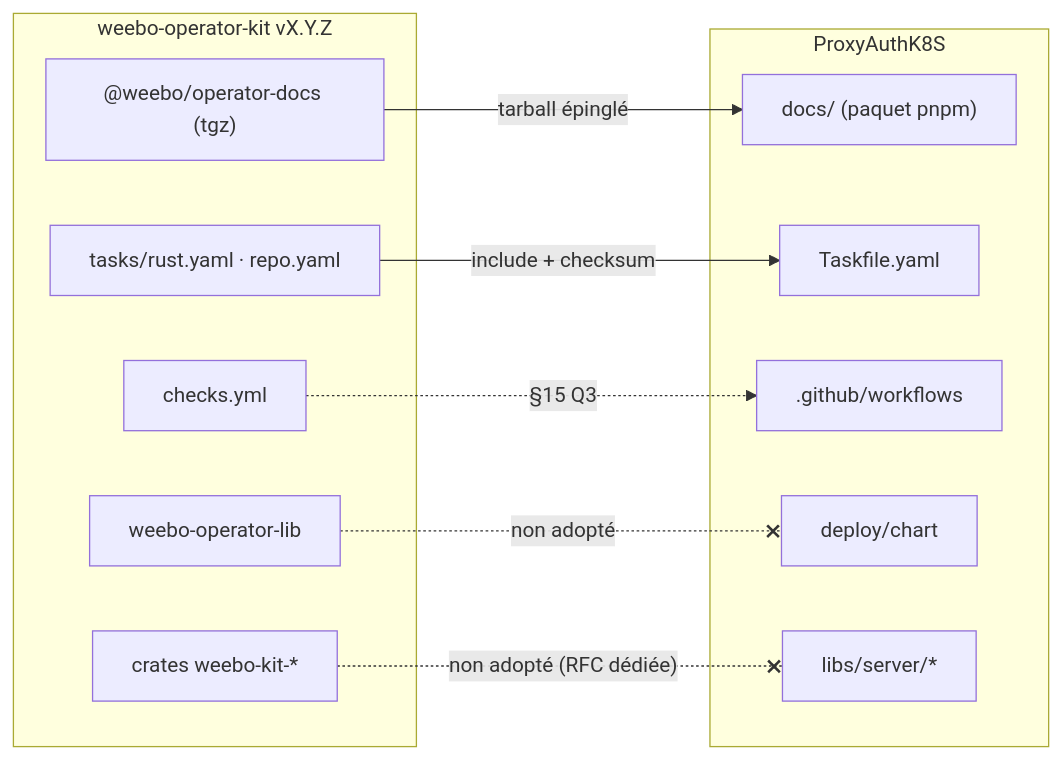
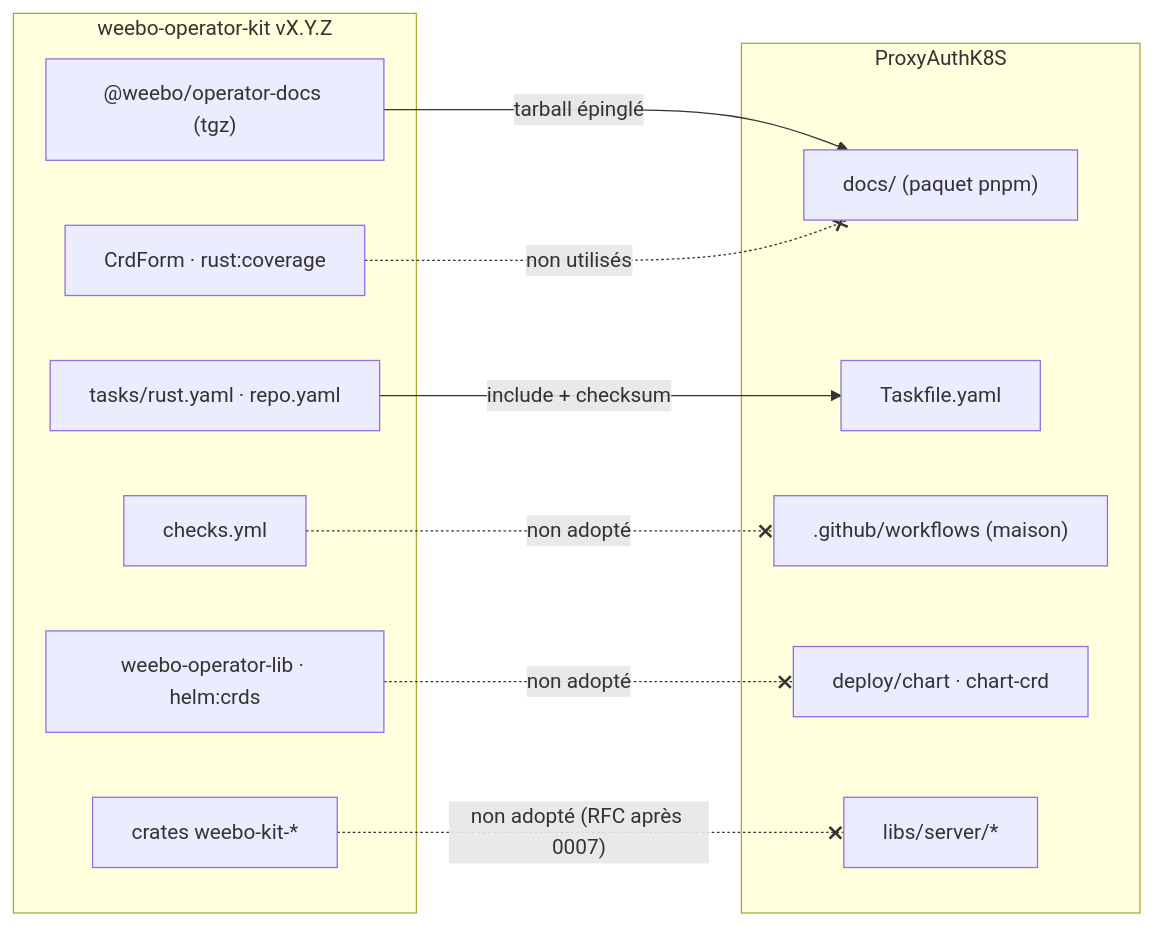
The first of 4 diagrams in .rfc/0005-adopt-weebo-operator-kit.md (batleforc/ProxyAuthK8S), drawn with Mermaid before and after one commit. The commit also changed other lines of this file and 12 other files, not shown here.

````diff
--- a/.rfc/0005-adopt-weebo-operator-kit.md
+++ b/.rfc/0005-adopt-weebo-operator-kit.md
@@ -50,22 +58,24 @@
 ```mermaid
 flowchart LR
     subgraph K["weebo-operator-kit vX.Y.Z"]
         KD["@weebo/operator-docs (tgz)"]
         KT["tasks/rust.yaml · repo.yaml"]
         KC["checks.yml"]
-        KL["weebo-operator-lib"]
+        KL["weebo-operator-lib · helm:crds"]
         KR["crates weebo-kit-*"]
+        KF["CrdForm · rust:coverage"]
     end
     subgraph P["ProxyAuthK8S"]
         D["docs/ (paquet pnpm)"]
         T["Taskfile.yaml"]
-        W[".github/workflows"]
-        C["deploy/chart"]
+        W[".github/workflows (maison)"]
+        C["deploy/chart · chart-crd"]
         S["libs/server/*"]
     end
     KD -- "tarball épinglé" --> D
     KT -- "include + checksum" --> T
-    KC -. "§15 Q3" .-> W
+    KC -. "non adopté" .-x W
     KL -. "non adopté" .-x C
-    KR -. "non adopté (RFC dédiée)" .-x S
+    KR -. "non adopté (RFC après 0007)" .-x S
+    KF -. "non utilisés" .-x D
 ```
````
